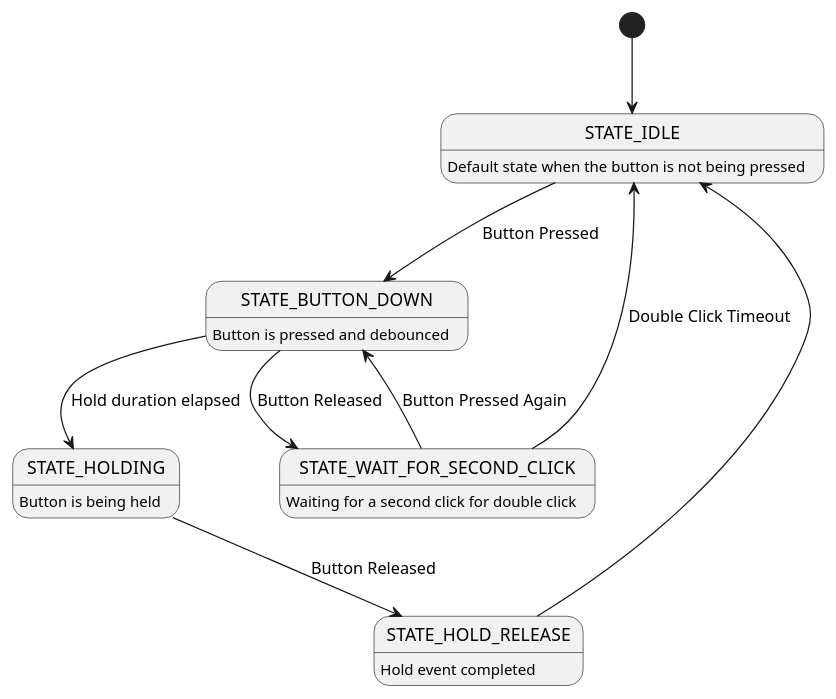
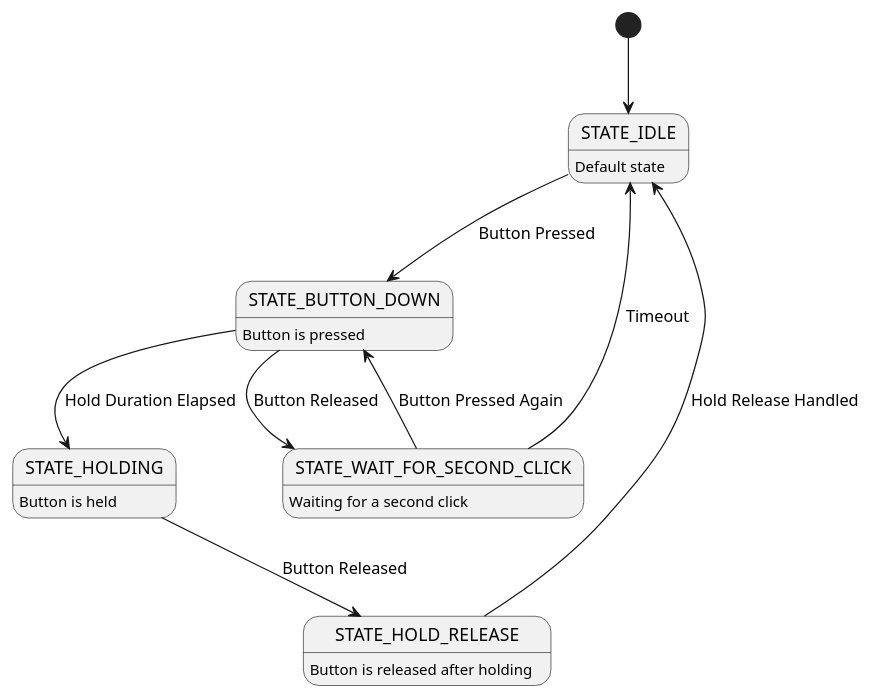
One commit to yshic/thesis_mdt266_iotdevkit changed the diagram in docs/diagrams/button_state_diagram.plantuml. Above: the diagram before and after it, drawn with PlantUML. The commit also changed 2 other files, not shown here.

```diff
--- a/docs/diagrams/button_state_diagram.plantuml
+++ b/docs/diagrams/button_state_diagram.plantuml
@@ -1,20 +1,17 @@
 @startuml button
 [*] --> STATE_IDLE
 
-STATE_IDLE : Default state when the button is not being pressed
+STATE_IDLE: Default state
+STATE_BUTTON_DOWN: Button is pressed
+STATE_WAIT_FOR_SECOND_CLICK: Waiting for a second click
+STATE_HOLDING: Button is held
+STATE_HOLD_RELEASE: Button is released after holding
+
 STATE_IDLE --> STATE_BUTTON_DOWN : Button Pressed
-
-STATE_BUTTON_DOWN : Button is pressed and debounced
-STATE_BUTTON_DOWN --> STATE_HOLDING : Hold duration elapsed
 STATE_BUTTON_DOWN --> STATE_WAIT_FOR_SECOND_CLICK : Button Released
-
-STATE_WAIT_FOR_SECOND_CLICK : Waiting for a second click for double click
+STATE_BUTTON_DOWN --> STATE_HOLDING : Hold Duration Elapsed
 STATE_WAIT_FOR_SECOND_CLICK --> STATE_BUTTON_DOWN : Button Pressed Again
-STATE_WAIT_FOR_SECOND_CLICK --> STATE_IDLE : Double Click Timeout
-
-STATE_HOLDING : Button is being held
+STATE_WAIT_FOR_SECOND_CLICK --> STATE_IDLE : Timeout
 STATE_HOLDING --> STATE_HOLD_RELEASE : Button Released
-
-STATE_HOLD_RELEASE : Hold event completed
-STATE_HOLD_RELEASE --> STATE_IDLE
+STATE_HOLD_RELEASE --> STATE_IDLE : Hold Release Handled
 @enduml
```
